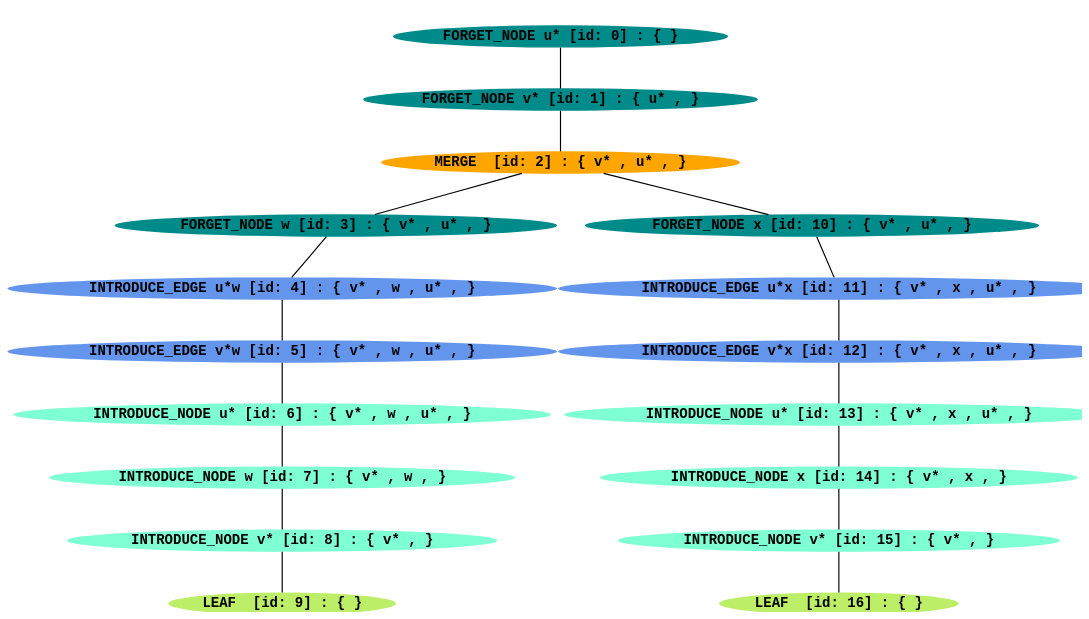
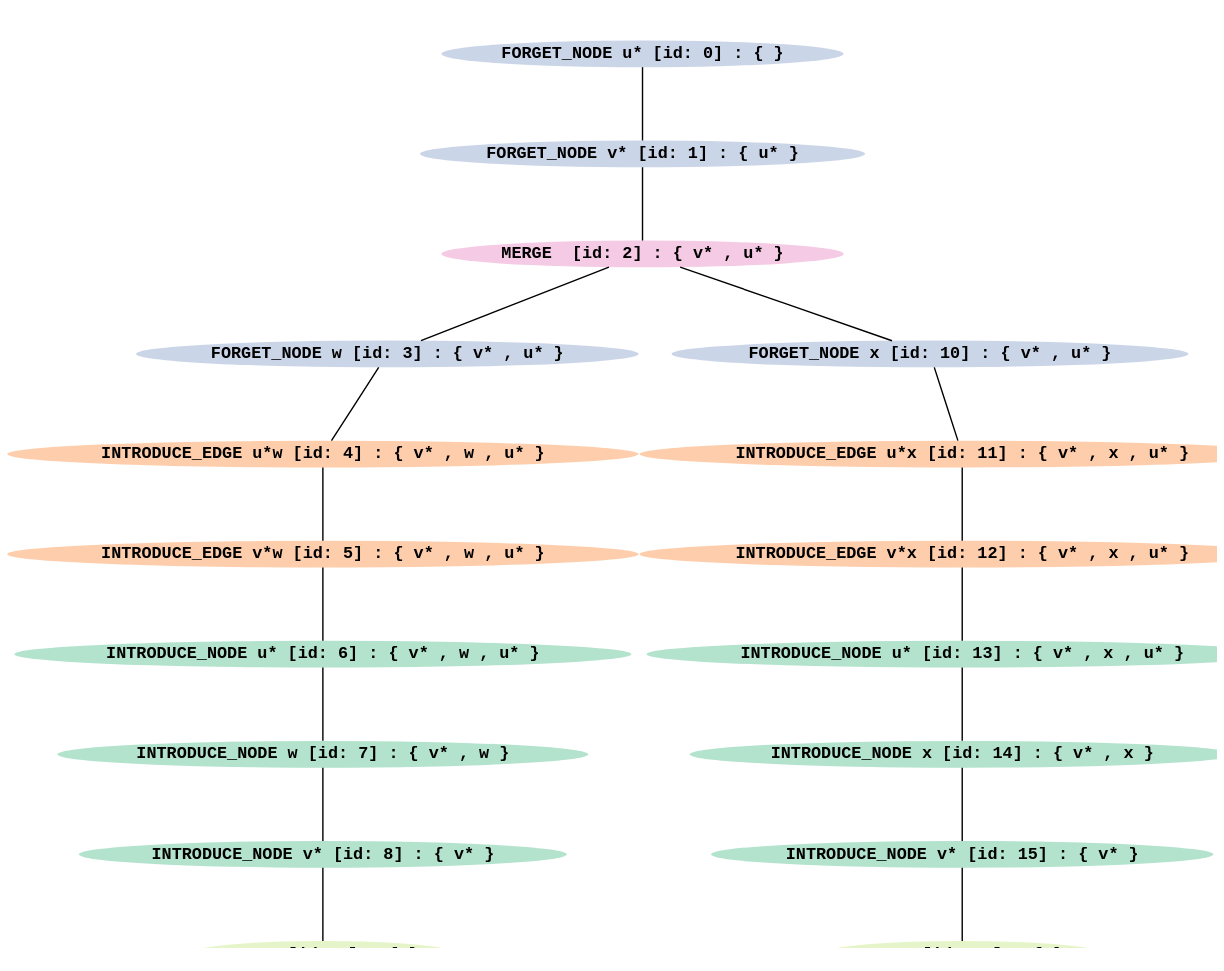
Before and after one commit to polapl/Cut-and-Count: the diagram in square_decomp.dot, drawn with Graphviz. The commit also changed 16 other files, not shown here.

```diff
--- a/square_decomp.dot
+++ b/square_decomp.dot
@@ -1,39 +1,39 @@
 graph G {
 ratio = fill;
-size = "16, 9";
-node [fontsize = 300, fontname="Courier-Bold"];
+size = "18, 14";
+node [fontsize = 300, fontname="Courier-Bold", colorscheme="pastel25"];
 edge [penwidth = 25, layer="background", arrowhead=vee, arrowsize=25.0];
-0 [label= "FORGET_NODE u* [id: 0] : { }", color=cyan4, style=filled]
-1 [label= "FORGET_NODE v* [id: 1] : { u* , }", color=cyan4, style=filled]
+0 [label= "FORGET_NODE u* [id: 0] : { }", color=3, style=filled]
+1 [label= "FORGET_NODE v* [id: 1] : { u* }", color=3, style=filled]
 0 -- 1;
-2 [label= "MERGE  [id: 2] : { v* , u* , }", color=orange1, style=filled]
+2 [label= "MERGE  [id: 2] : { v* , u* }", color=4, style=filled]
 1 -- 2;
-3 [label= "FORGET_NODE w [id: 3] : { v* , u* , }", color=cyan4, style=filled]
+3 [label= "FORGET_NODE w [id: 3] : { v* , u* }", color=3, style=filled]
 2 -- 3;
-10 [label= "FORGET_NODE x [id: 10] : { v* , u* , }", color=cyan4, style=filled]
+10 [label= "FORGET_NODE x [id: 10] : { v* , u* }", color=3, style=filled]
 2 -- 10;
-4 [label= "INTRODUCE_EDGE u*w [id: 4] : { v* , w , u* , }", color=cornflowerblue, style=filled]
+4 [label= "INTRODUCE_EDGE u*w [id: 4] : { v* , w , u* }", color=2, style=filled]
 3 -- 4;
-11 [label= "INTRODUCE_EDGE u*x [id: 11] : { v* , x , u* , }", color=cornflowerblue, style=filled]
+11 [label= "INTRODUCE_EDGE u*x [id: 11] : { v* , x , u* }", color=2, style=filled]
 10 -- 11;
-5 [label= "INTRODUCE_EDGE v*w [id: 5] : { v* , w , u* , }", color=cornflowerblue, style=filled]
+5 [label= "INTRODUCE_EDGE v*w [id: 5] : { v* , w , u* }", color=2, style=filled]
 4 -- 5;
-12 [label= "INTRODUCE_EDGE v*x [id: 12] : { v* , x , u* , }", color=cornflowerblue, style=filled]
+12 [label= "INTRODUCE_EDGE v*x [id: 12] : { v* , x , u* }", color=2, style=filled]
 11 -- 12;
-6 [label= "INTRODUCE_NODE u* [id: 6] : { v* , w , u* , }", color=aquamarine, style=filled]
+6 [label= "INTRODUCE_NODE u* [id: 6] : { v* , w , u* }", color=1, style=filled]
 5 -- 6;
-13 [label= "INTRODUCE_NODE u* [id: 13] : { v* , x , u* , }", color=aquamarine, style=filled]
+13 [label= "INTRODUCE_NODE u* [id: 13] : { v* , x , u* }", color=1, style=filled]
 12 -- 13;
-7 [label= "INTRODUCE_NODE w [id: 7] : { v* , w , }", color=aquamarine, style=filled]
+7 [label= "INTRODUCE_NODE w [id: 7] : { v* , w }", color=1, style=filled]
 6 -- 7;
-14 [label= "INTRODUCE_NODE x [id: 14] : { v* , x , }", color=aquamarine, style=filled]
+14 [label= "INTRODUCE_NODE x [id: 14] : { v* , x }", color=1, style=filled]
 13 -- 14;
-8 [label= "INTRODUCE_NODE v* [id: 8] : { v* , }", color=aquamarine, style=filled]
+8 [label= "INTRODUCE_NODE v* [id: 8] : { v* }", color=1, style=filled]
 7 -- 8;
-15 [label= "INTRODUCE_NODE v* [id: 15] : { v* , }", color=aquamarine, style=filled]
+15 [label= "INTRODUCE_NODE v* [id: 15] : { v* }", color=1, style=filled]
 14 -- 15;
-9 [label= "LEAF  [id: 9] : { }", color=darkolivegreen2, style=filled]
+9 [label= "LEAF  [id: 9] : { }", color=5, style=filled]
 8 -- 9;
-16 [label= "LEAF  [id: 16] : { }", color=darkolivegreen2, style=filled]
+16 [label= "LEAF  [id: 16] : { }", color=5, style=filled]
 15 -- 16;
 }
```
